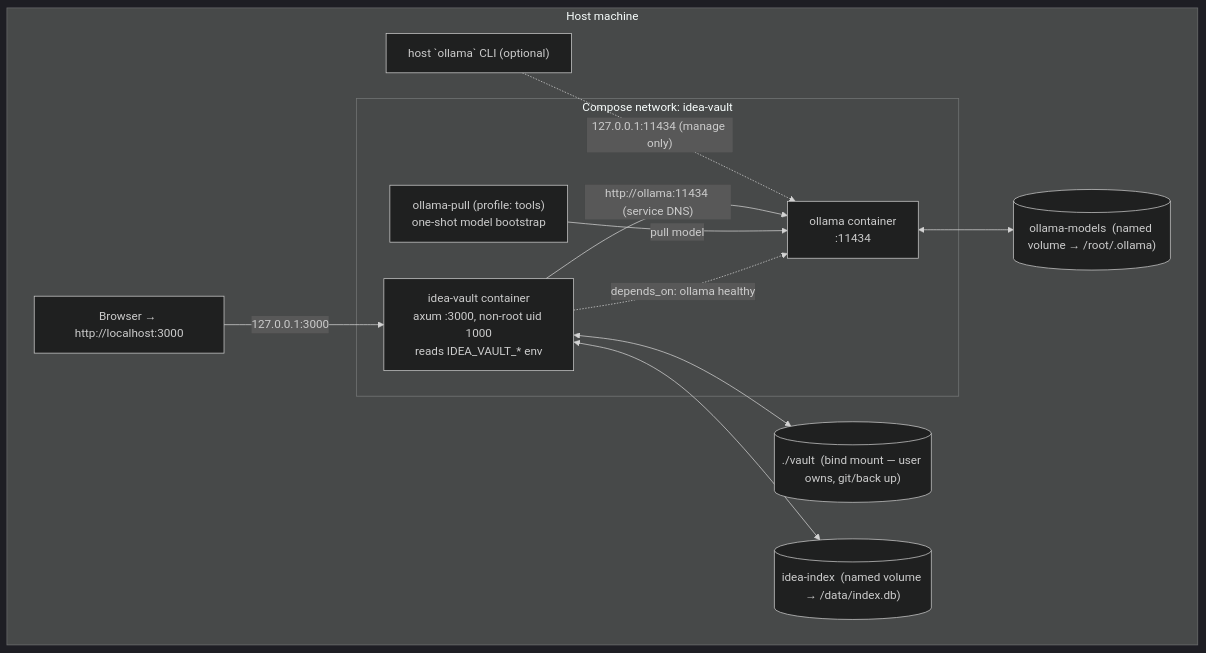
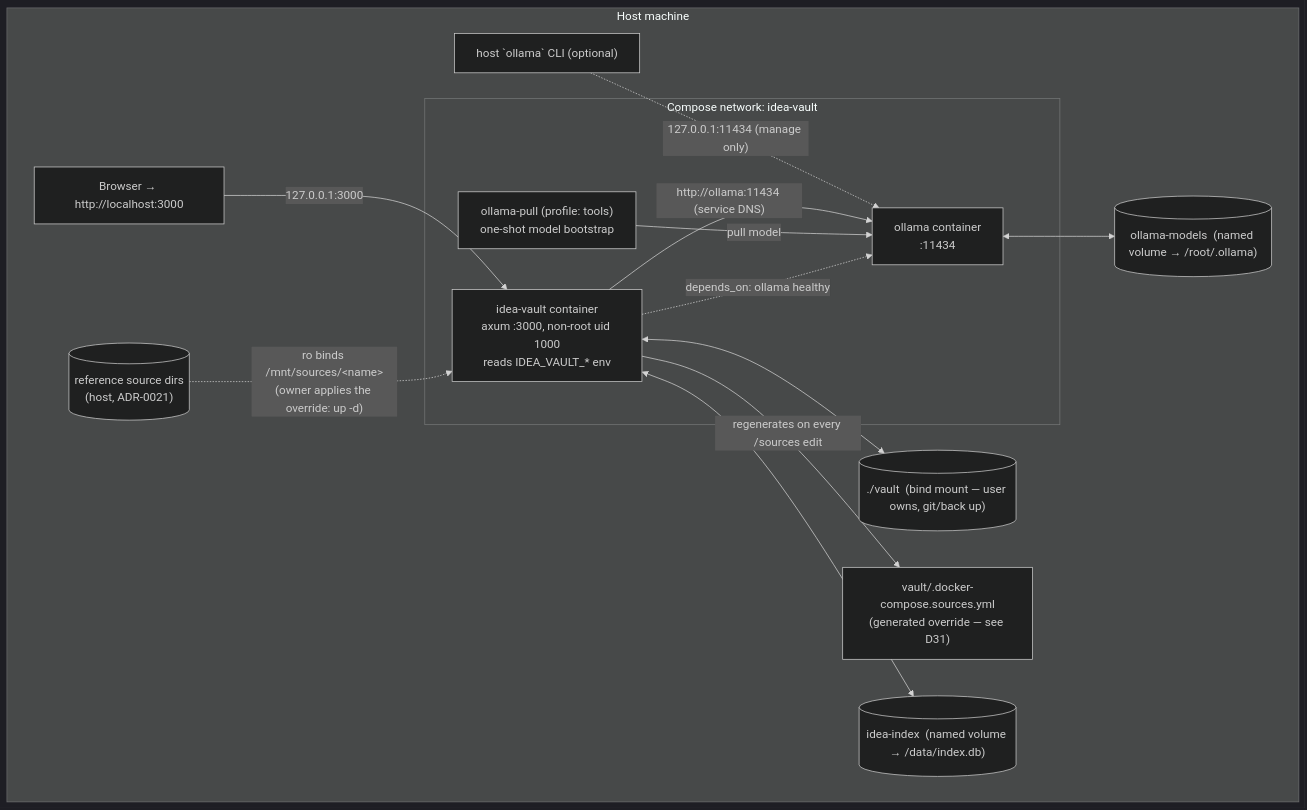
One commit to jasdian/idea-vault changed the first of 5 diagrams in docs/12-deployment.md. Above: the diagram before and after it, drawn with Mermaid (dark theme). The commit also changed other lines of this file and 5 other files, not shown here.

Commit message:
docs: ADR-0021 reference sources, D31 topology, deployment/env contract, gate in CLAUDE.md commands

````diff
--- a/docs/12-deployment.md
+++ b/docs/12-deployment.md
@@ -29,26 +31,30 @@
 ```mermaid
 flowchart TB
     subgraph host["Host machine"]
         BROWSER["Browser → http://localhost:3000"]
         VAULTDIR[("./vault  (bind mount — user owns, git/back up)")]
+        SRCDIRS[("reference source dirs\n(host, ADR-0021)")]
+        SRCOVR["vault/.docker-compose.sources.yml\n(generated override — see D31)"]
         CLI["host `ollama` CLI (optional)"]
 
         subgraph net["Compose network: idea-vault"]
             APP["idea-vault container\naxum :3000, non-root uid 1000\nreads IDEA_VAULT_* env"]
             OLLAMA["ollama container\n:11434"]
             PULL["ollama-pull (profile: tools)\none-shot model bootstrap"]
         end
 
         IDXVOL[("idea-index  (named volume → /data/index.db)")]
         MODELVOL[("ollama-models  (named volume → /root/.ollama)")]
     end
 
     BROWSER -->|"127.0.0.1:3000"| APP
     CLI -.->|"127.0.0.1:11434 (manage only)"| OLLAMA
     APP -->|"http://ollama:11434 (service DNS)"| OLLAMA
     APP <--> VAULTDIR
+    APP -->|"regenerates on every /sources edit"| SRCOVR
+    SRCDIRS -.->|"ro binds /mnt/sources/&lt;name&gt;\n(owner applies the override: up -d)"| APP
     APP <--> IDXVOL
     OLLAMA <--> MODELVOL
     PULL -->|"pull model"| OLLAMA
     APP -. "depends_on: ollama healthy" .-> OLLAMA
 ```
````
